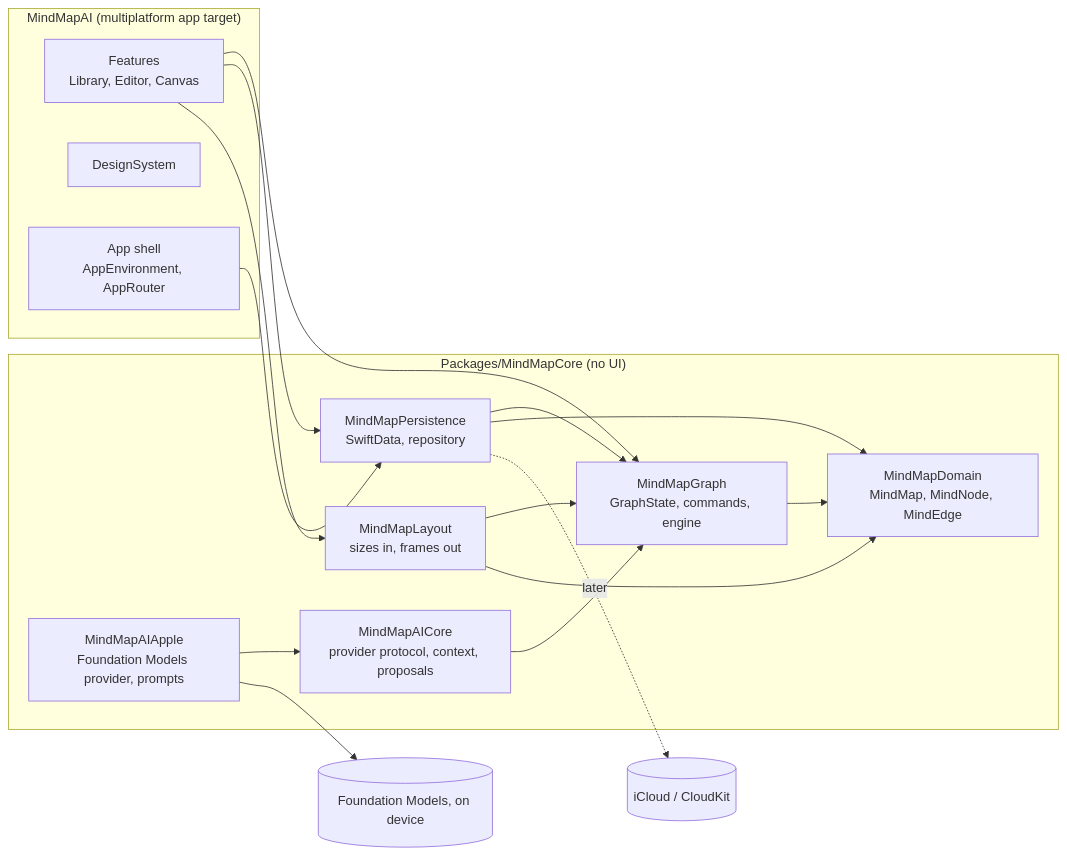
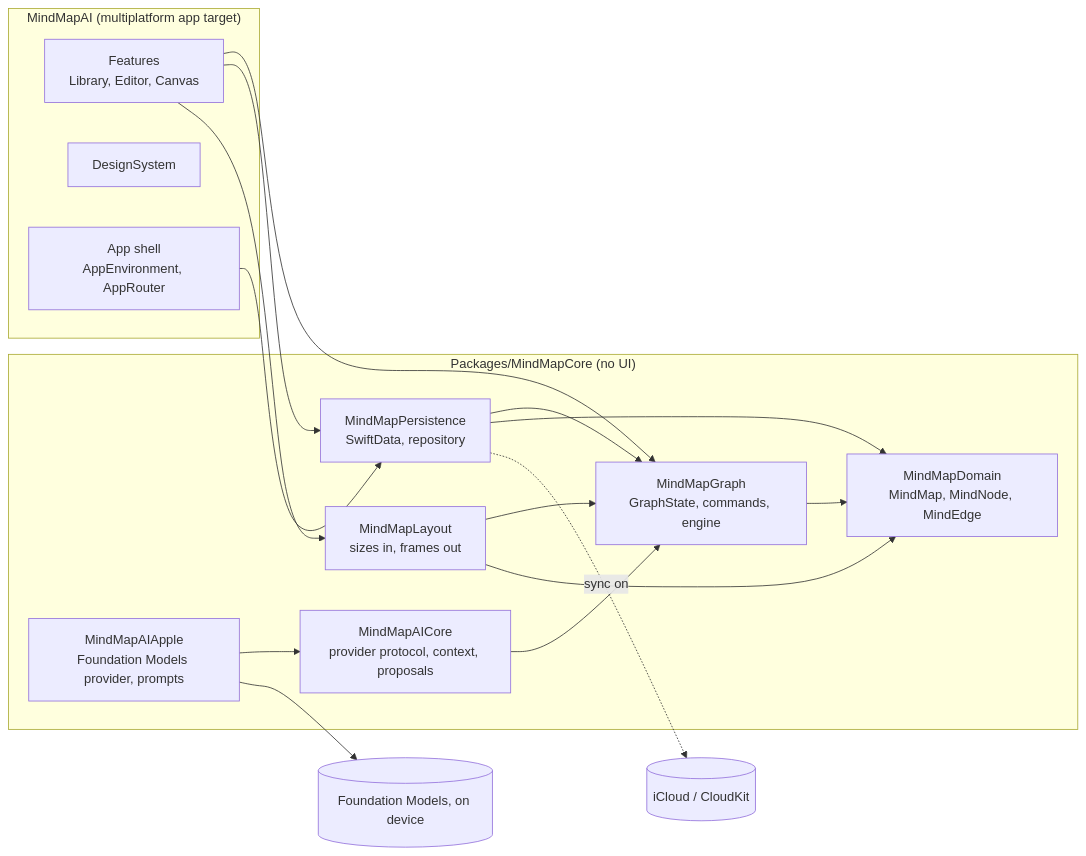
One commit to tdduydev/xdev-mindmap-ai changed the diagram in docs/architecture.md. Above: the diagram before and after it, drawn with Mermaid. The commit also changed 7 other files, not shown here.

Commit message:
docs: iCloud sync as built, undo policy, account steps and device tests (MM-6)

````diff
--- a/docs/architecture.md
+++ b/docs/architecture.md
@@ -5,29 +5,29 @@
 ```mermaid
 flowchart LR
   subgraph App["MindMapAI (multiplatform app target)"]
     Features["Features<br/>Library, Editor, Canvas"]
     DS["DesignSystem"]
     Shell["App shell<br/>AppEnvironment, AppRouter"]
   end
   subgraph Core["Packages/MindMapCore (no UI)"]
     Domain["MindMapDomain<br/>MindMap, MindNode, MindEdge"]
     Graph["MindMapGraph<br/>GraphState, commands, engine"]
     Persistence["MindMapPersistence<br/>SwiftData, repository"]
     Layout["MindMapLayout<br/>sizes in, frames out"]
     AICore["MindMapAICore<br/>provider protocol, context, proposals"]
     AIApple["MindMapAIApple<br/>Foundation Models provider, prompts"]
   end
   Features --> Graph
   Features --> Persistence
   Features --> Layout
   Shell --> Persistence
   Graph --> Domain
   Persistence --> Graph
   Persistence --> Domain
   Layout --> Graph
   Layout --> Domain
-  Persistence -.later.-> CloudKit[(iCloud / CloudKit)]
+  Persistence -.sync on.-> CloudKit[(iCloud / CloudKit)]
   AICore --> Graph
   AIApple --> AICore
   AIApple --> FM[(Foundation Models, on device)]
 ```
````
